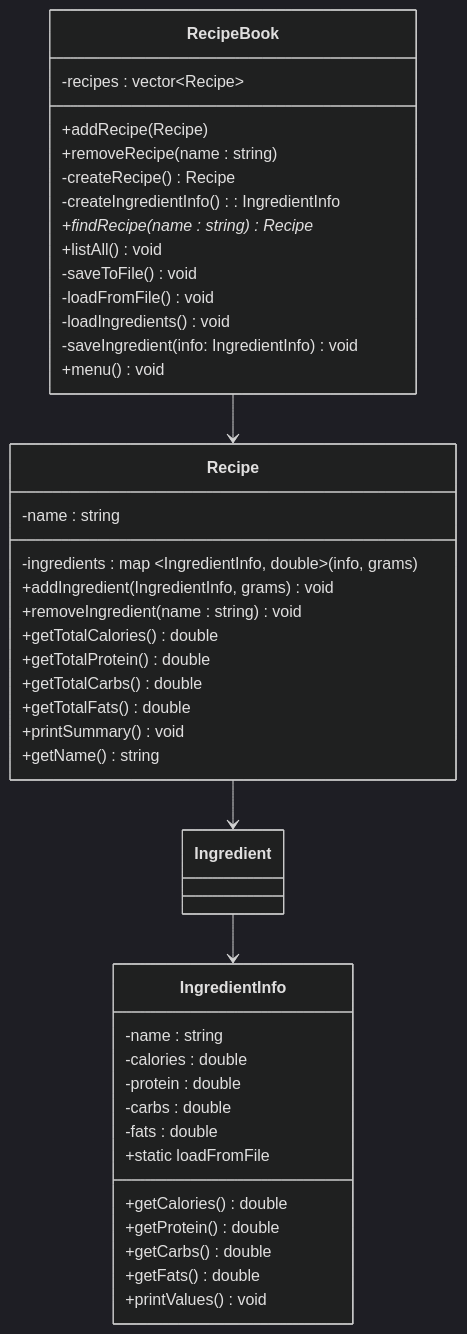
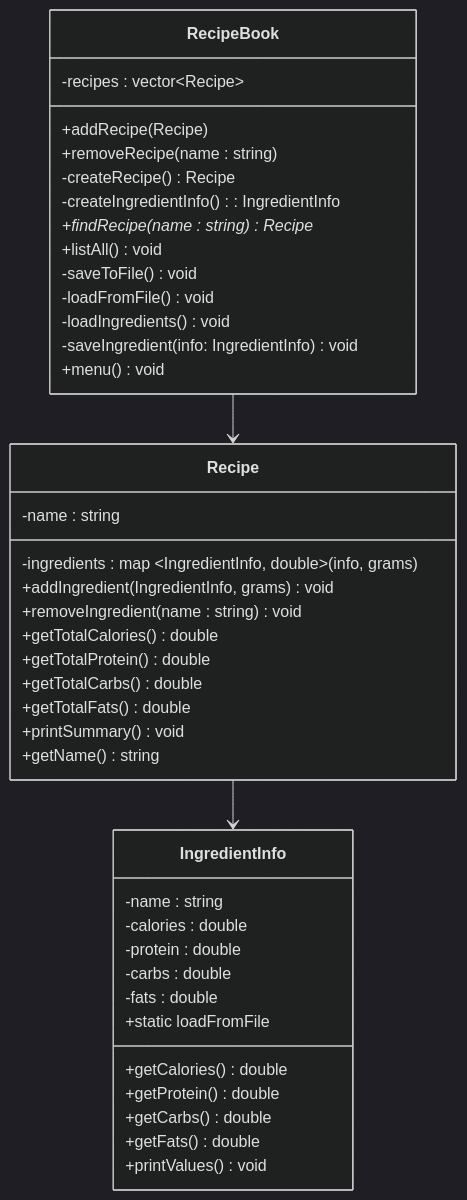
Before and after one commit to alexanderbell-ctrl/CS121-finalproject: the diagram in README.md, drawn with Mermaid (dark theme). The commit also changed other lines of this file and 3 other files, not shown here.

````diff
--- a/README.md
+++ b/README.md
@@ -23,49 +23,48 @@
 ``` mermaid
 classDiagram
 
 class RecipeBook {
     -recipes : vector~Recipe~
     +addRecipe(Recipe)
 	+removeRecipe(name : string)
     -createRecipe() Recipe
 	-createIngredientInfo(): IngredientInfo
     +findRecipe(name : string) Recipe*
     +listAll() void
     -saveToFile() void
 	-loadFromFile() void
 	-loadIngredients() void
 	-saveIngredient(info: IngredientInfo) void
 	+menu() void
 }
 
 class Recipe {
     -name : string
     -ingredients : map ~IngredientInfo, double~ (info, grams)
     +addIngredient(IngredientInfo, grams) void
     +removeIngredient(name : string) void
     +getTotalCalories() double
     +getTotalProtein() double
     +getTotalCarbs() double
     +getTotalFats() double
     +printSummary() void
 	+getName() string
 }
 
 class IngredientInfo {
     -name : string
     -calories : double
     -protein : double
     -carbs : double
     -fats : double
     +getCalories() double
     +getProtein() double
     +getCarbs() double
     +getFats() double
 	+printValues() void
 	+static loadFromFile
 }
 
 RecipeBook --> Recipe
-Recipe --> Ingredient
-Ingredient --> IngredientInfo
+Recipe --> IngredientInfo
 ```
````
